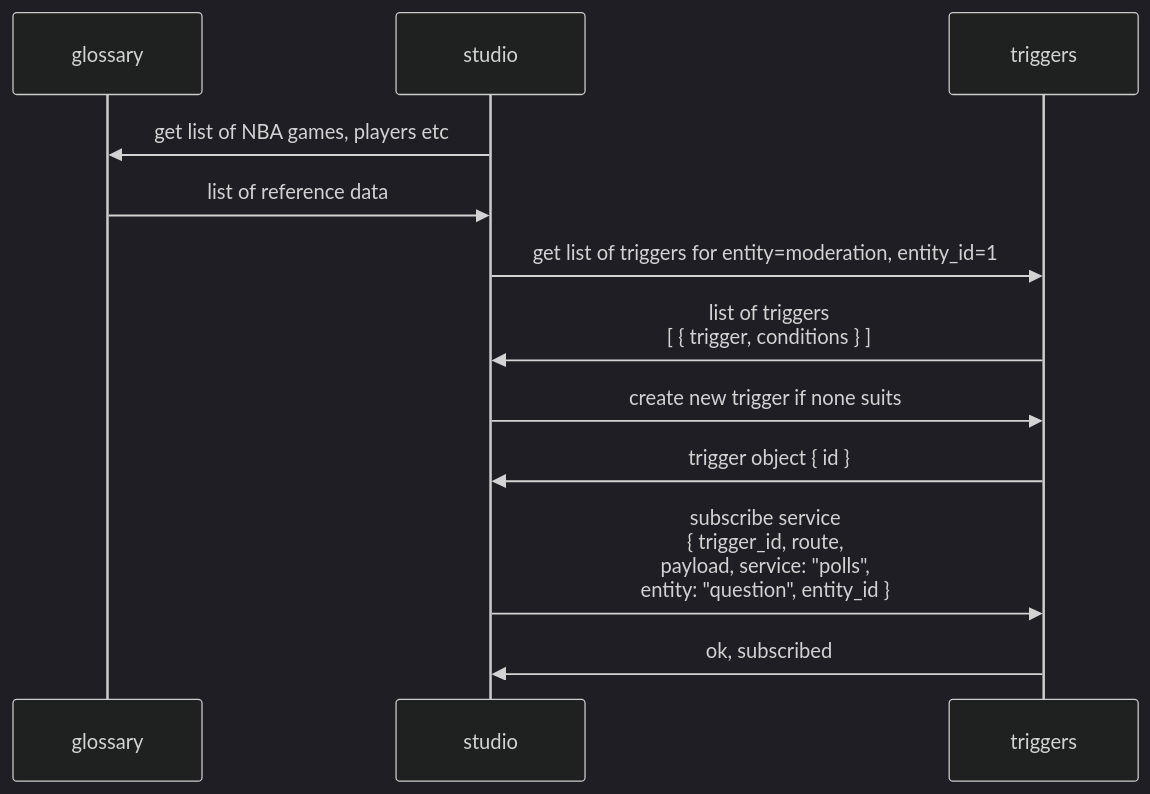
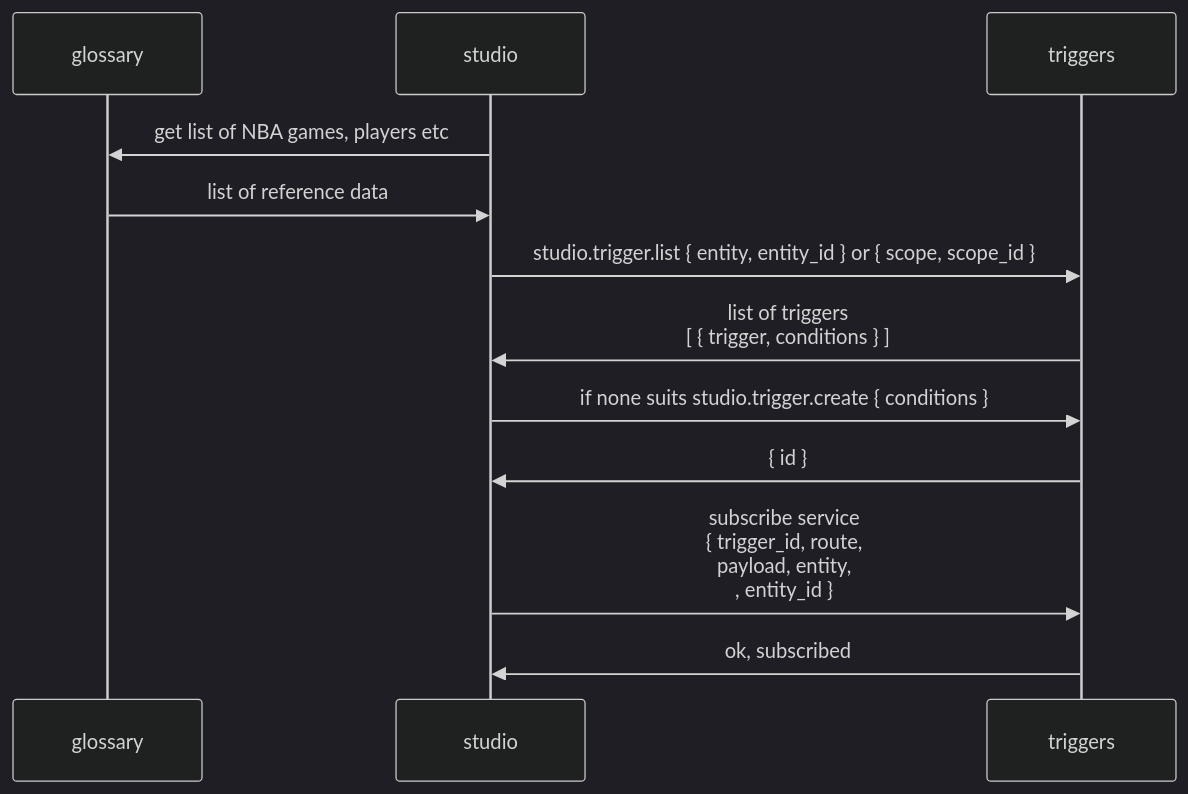
Before and after one commit to kristobalus/sport-triggers: the second of 3 diagrams in readme.md, drawn with Mermaid (dark theme). The commit also changed other lines of this file, not shown here.

````diff
--- a/readme.md
+++ b/readme.md
@@ -69,14 +69,14 @@
 ```mermaid
 sequenceDiagram       
     participant glossary
     participant studio            
     participant triggers
     studio->>glossary: get list of NBA games, players etc
     glossary->>studio: list of reference data
-    studio->>triggers: get list of triggers for entity=moderation, entity_id=1
+    studio->>triggers: studio.trigger.list { entity, entity_id } or { scope, scope_id }
     triggers->>studio: list of triggers <br/>[ { trigger, conditions } ]
-    studio->>triggers: create new trigger if none suits
-    triggers->>studio: trigger object { id }
-    studio->>triggers: subscribe service <br/>{ trigger_id, route, <br/>payload, service: "polls", <br/>entity: "question", entity_id }
+    studio->>triggers: if none suits studio.trigger.create { conditions }
+    triggers->>studio: { id }
+    studio->>triggers: subscribe service <br/>{ trigger_id, route, <br/>payload, entity, <br/>, entity_id }
     triggers->>studio: ok, subscribed
 ```
````
